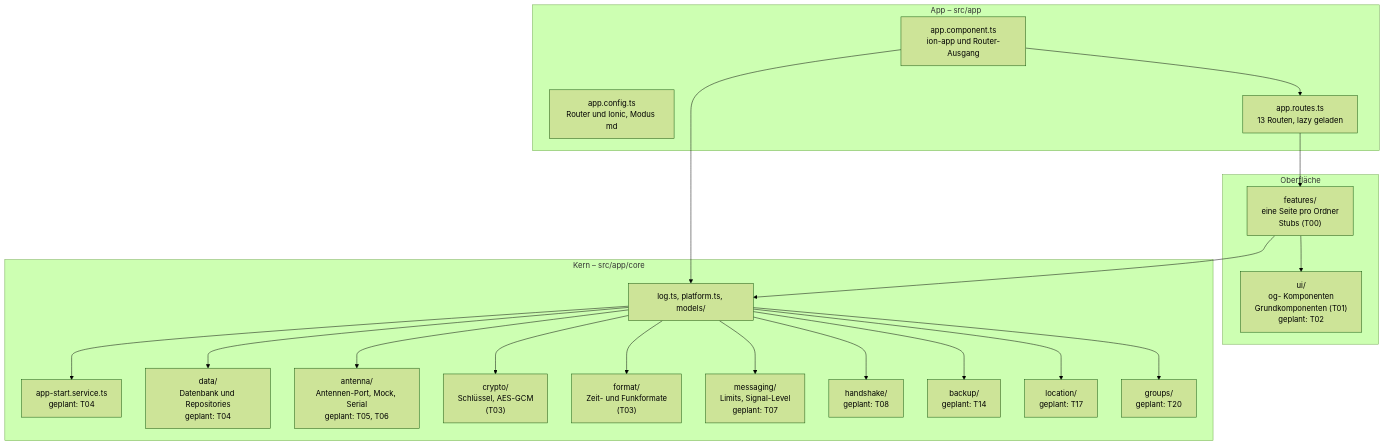
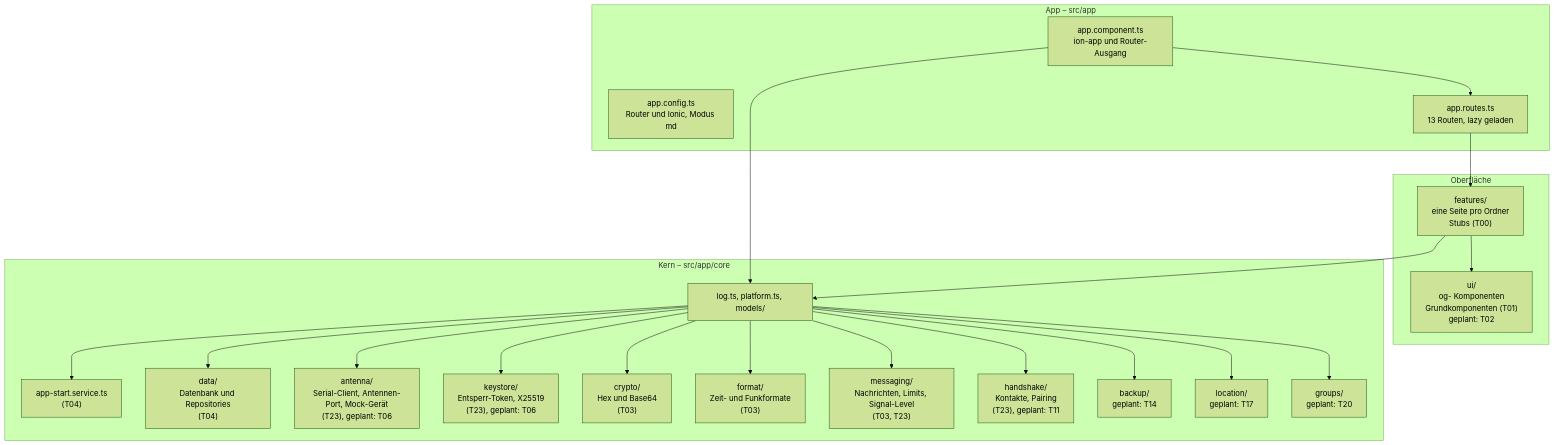
Before and after one commit to OffGridCH/app: the diagram in doku/architektur/ueberblick.md, drawn with Mermaid (forest theme). The commit also changed other lines of this file and 87 other files, not shown here.

````diff
--- a/doku/architektur/ueberblick.md
+++ b/doku/architektur/ueberblick.md
@@ -11,40 +14,42 @@
 ```mermaid
 flowchart TD
     subgraph App["App – src/app"]
         Root["app.component.ts<br>ion-app und Router-Ausgang"]
         Config["app.config.ts<br>Router und Ionic, Modus md"]
         Routes["app.routes.ts<br>13 Routen, lazy geladen"]
     end
     subgraph Ui["Oberfläche"]
         Pages["features/<br>eine Seite pro Ordner<br>Stubs (T00)"]
         Components["ui/<br>og- Komponenten<br>Grundkomponenten (T01)<br>geplant: T02"]
     end
     subgraph Core["Kern – src/app/core"]
         Basis["log.ts, platform.ts, models/"]
-        Start["app-start.service.ts<br>geplant: T04"]
-        Data["data/<br>Datenbank und Repositories<br>geplant: T04"]
-        Antenna["antenna/<br>Antennen-Port, Mock, Serial<br>geplant: T05, T06"]
-        Crypto["crypto/<br>Schlüssel, AES-GCM<br/>(T03)"]
+        Start["app-start.service.ts<br>(T04)"]
+        Data["data/<br>Datenbank und Repositories<br>(T04)"]
+        Antenna["antenna/<br>Serial-Client, Antennen-Port, Mock-Gerät<br>(T23), geplant: T06"]
+        Keystore["keystore/<br>Entsperr-Token, X25519<br>(T23), geplant: T06"]
+        Crypto["crypto/<br>Hex und Base64<br/>(T03)"]
         Format["format/<br>Zeit- und Funkformate<br/>(T03)"]
-        Messaging["messaging/<br>Limits, Signal-Level<br/>geplant: T07"]
-        Handshake["handshake/<br>geplant: T08"]
+        Messaging["messaging/<br>Nachrichten, Limits, Signal-Level<br/>(T03, T23)"]
+        Handshake["handshake/<br>Kontakte, Pairing<br>(T23), geplant: T11"]
         Backup["backup/<br>geplant: T14"]
         Location["location/<br>geplant: T17"]
         Groups["groups/<br>geplant: T20"]
     end
     Root --> Routes
     Routes --> Pages
     Pages --> Components
     Pages --> Basis
     Root --> Basis
     Basis --> Start
     Basis --> Data
     Basis --> Antenna
+    Basis --> Keystore
     Basis --> Crypto
     Basis --> Format
     Basis --> Messaging
     Basis --> Handshake
     Basis --> Backup
     Basis --> Location
     Basis --> Groups
 ```
````
